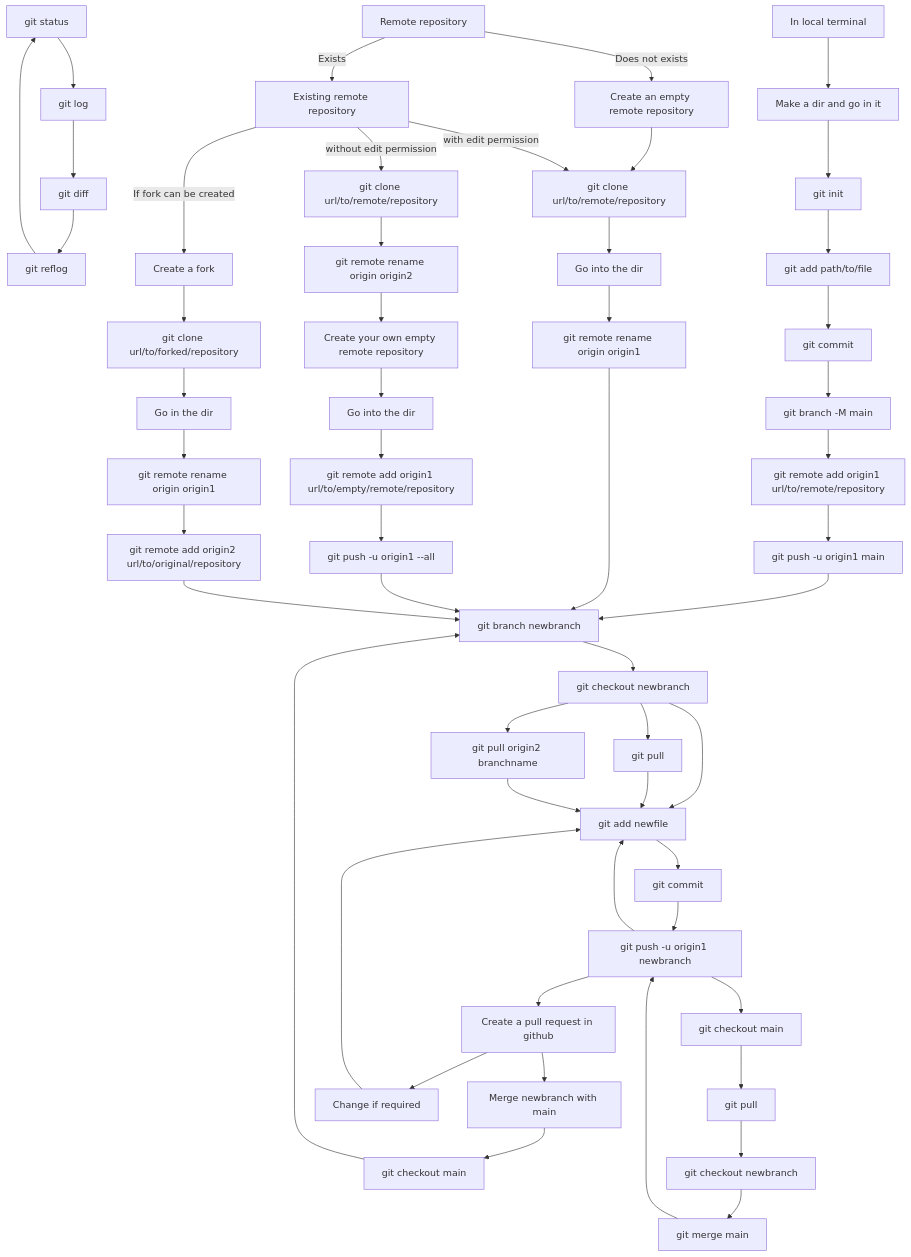
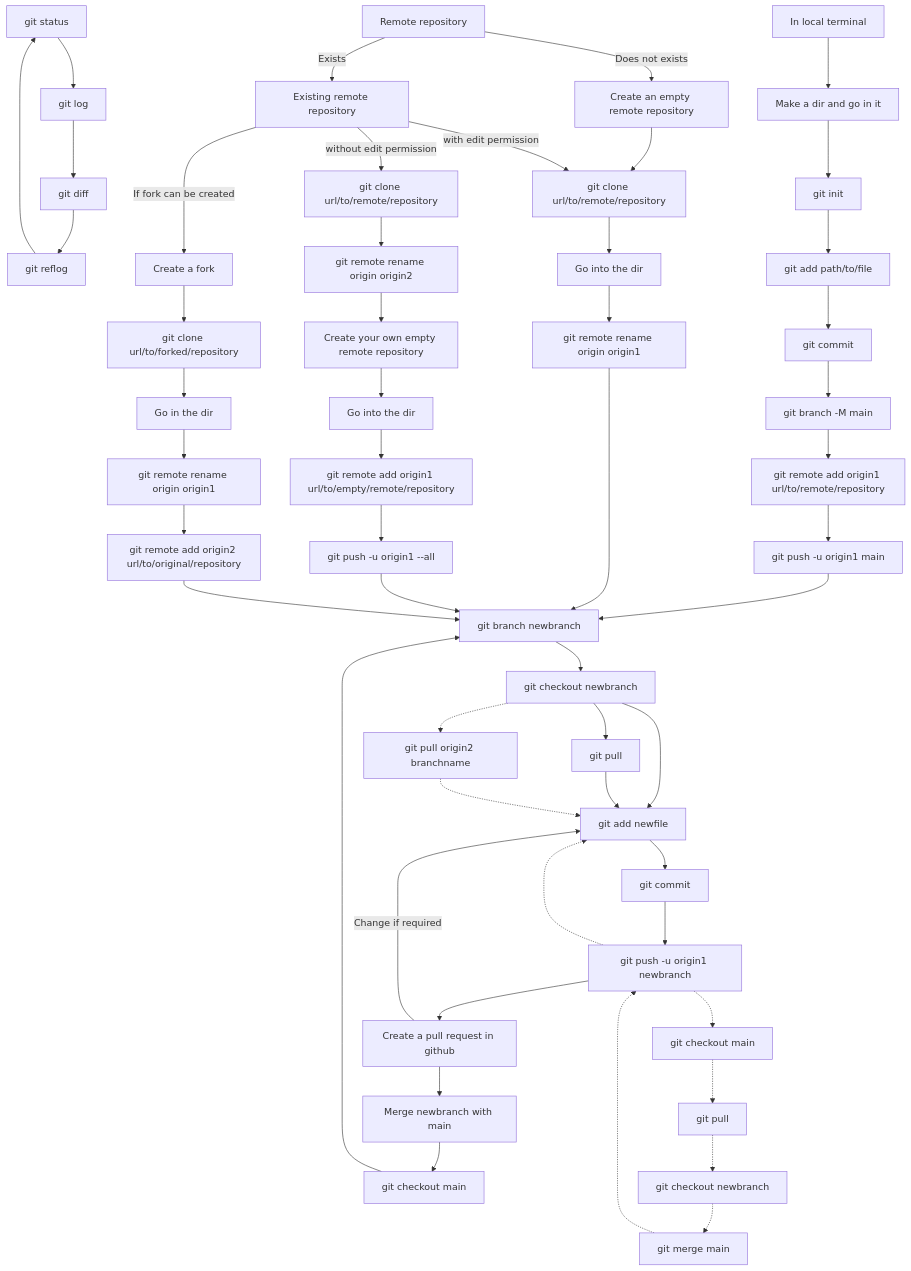
Before and after one commit to suryamondal/useful_git_commands: the diagram in README.md, drawn with Mermaid.

````diff
--- a/README.md
+++ b/README.md
@@ -16,25 +16,24 @@
 ```mermaid
 graph TD;
     id17[git status]-->id18[git log]-->id5[git diff]-->id36[git reflog]-->id17;
     id0[In local terminal]-->id1[Make a dir and go in it]-->id2[git init]-->id3[git add path/to/file]-->id4[git commit]-->id6[git branch -M main];
     id6-->id7[git remote add origin1 url/to/remote/repository]-->id8[git push -u origin1 main];
     id8-->id9[git branch newbranch]-->id10[git checkout newbranch]-->id11[git add newfile]-->id12[git commit]-->id13[git push -u origin1 newbranch];
-    id13-->id11;
+    id13-.->id11;
     id13-->id14[Create a pull request in github]-->id15[Merge newbranch with main]-->id19[git checkout main]-->id9;
-    id14-->id16[Change if required]-->id11;
+    id14--Change if required-->id11;
     id10-->id35[git pull]-->id11;
-    id10-->id34[git pull origin2 branchname]-->id11;
+    id10-.->id34[git pull origin2 branchname]-.->id11;
     id41[Create an empty remote repository]-->id20[git clone url/to/remote/repository]-->id21[Go into the dir]
     id21-->id26[git remote rename origin origin1]-->id9;
     id60[Remote repository]--Exists-->id43;
     id60--Does not exists-->id41;
     id43[Existing remote repository]--If fork can be created-->id22;
     id43--without edit permission-->id50[git clone url/to/remote/repository]-->id55[git remote rename origin origin2];
     id55-->id51[Create your own empty remote repository]-->id54[Go into the dir];
     id54-->id52[git remote add origin1 url/to/empty/remote/repository]-->id53[git push -u origin1 --all]-->id9;
-    %% id53-->id54[];
     id43--with edit permission-->id20;
     id22[Create a fork]-->id23[git clone url/to/forked/repository]-->id24[Go in the dir]-->id25[git remote rename origin origin1];
     id25-->id27[git remote add origin2 url/to/original/repository]-->id9;
-    id13-->id30[git checkout main]-->id31[git pull]-->id32[git checkout newbranch]-->id33[git merge main]-->id13;
+    id13-.->id30[git checkout main]-.->id31[git pull]-.->id32[git checkout newbranch]-.->id33[git merge main]-.->id13;
 ```
````
